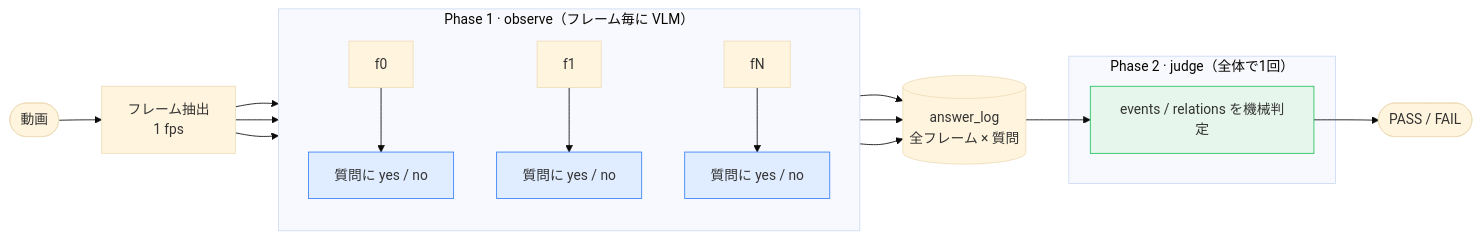
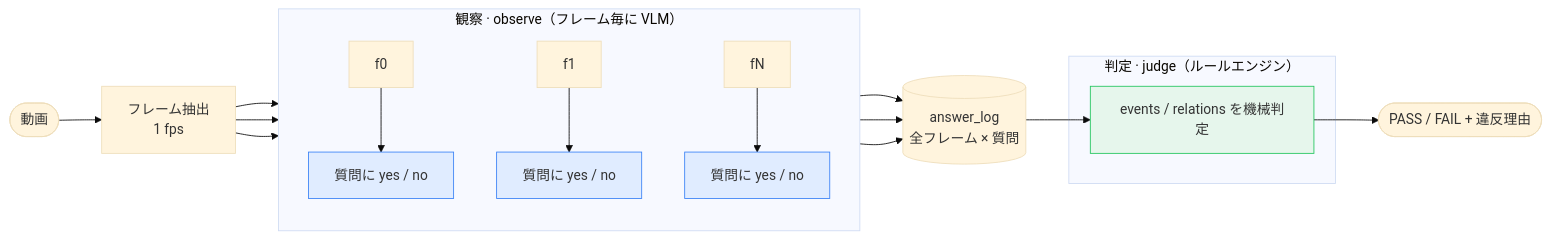
Before and after one commit to shure-dev/small_vlm_video_analysis: the diagram in README.md, drawn with Mermaid (base theme). The commit also changed other lines of this file, not shown here.

````diff
--- a/README.md
+++ b/README.md
@@ -16,30 +20,30 @@
 ```mermaid
 flowchart LR
     V([動画]) --> F["フレーム抽出<br/>1 fps"]
 
-    subgraph P1["Phase 1 · observe（フレーム毎に VLM）"]
+    subgraph P1["観察 · observe（フレーム毎に VLM）"]
         direction TB
         f0["f0"] --> a0["質問に yes / no"]
         f1["f1"] --> a1["質問に yes / no"]
         fN["fN"] --> aN["質問に yes / no"]
     end
 
     F --> f0
     F --> f1
     F --> fN
 
     a0 --> L[("answer_log<br/>全フレーム × 質問")]
     a1 --> L
     aN --> L
 
-    subgraph P2["Phase 2 · judge（全体で1回）"]
+    subgraph P2["判定 · judge（ルールエンジン）"]
         J["events / relations を機械判定"]
     end
 
-    L --> J --> R([PASS / FAIL])
+    L --> J --> R([PASS / FAIL + 違反理由])
 
     style a0 fill:#e0ecff,stroke:#3b82f6
     style a1 fill:#e0ecff,stroke:#3b82f6
     style aN fill:#e0ecff,stroke:#3b82f6
     style J fill:#e6f6ec,stroke:#22c55e
 ```
````
